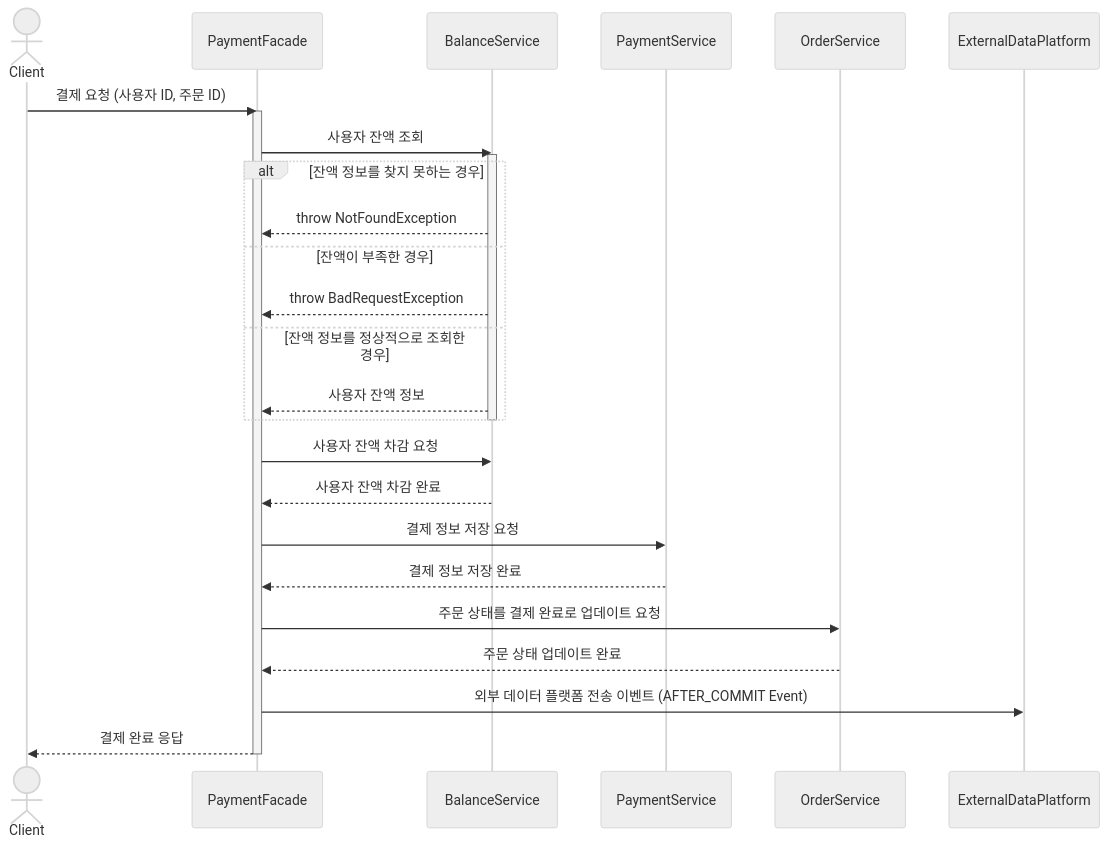
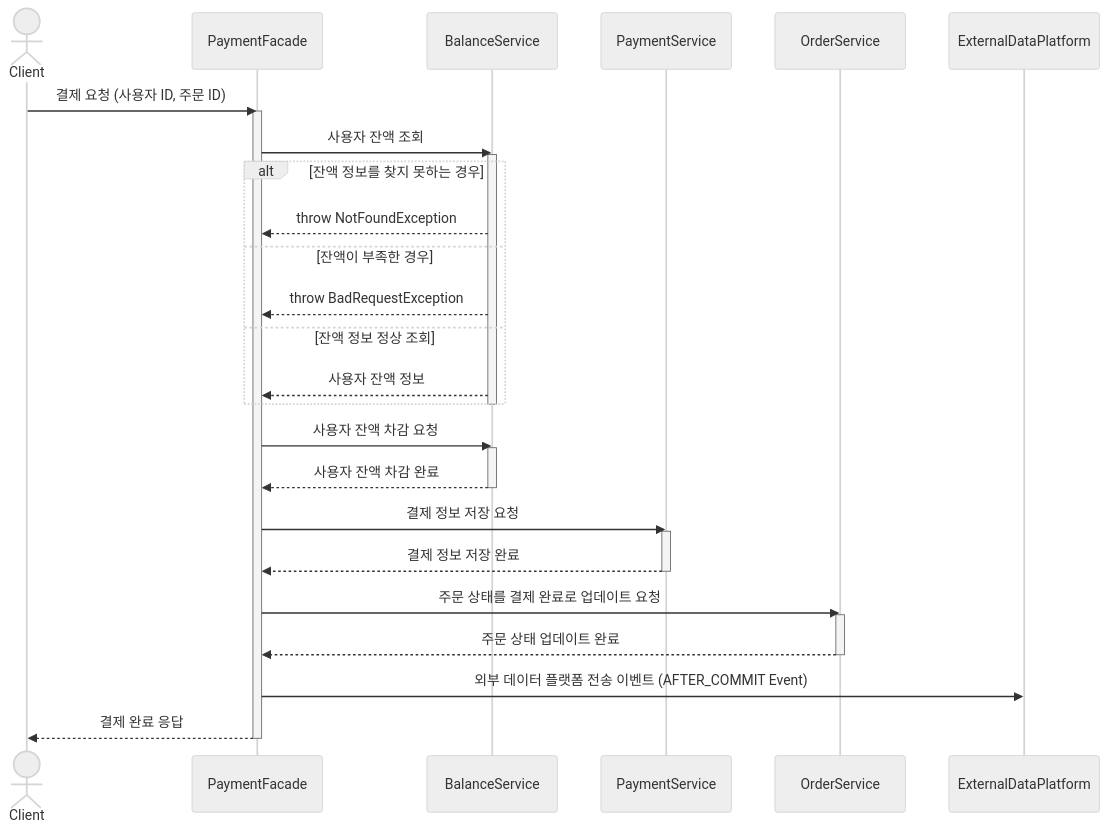
Before and after one commit to lgm1007/hhplus_ecommerce: the sixth of 10 diagrams in docs/SEQUENCE_DIAGRAM.md, drawn with Mermaid (neutral theme). The commit also changed other lines of this file, not shown here.

Commit message:
docs: 시퀀스 다이어그램 내용 수정

````diff
--- a/docs/SEQUENCE_DIAGRAM.md
+++ b/docs/SEQUENCE_DIAGRAM.md
@@ -138,31 +174,37 @@
 ```mermaid
 sequenceDiagram
     actor Client
     participant PaymentFacade
     participant BalanceService
     participant PaymentService
     participant OrderService
     participant ExternalDataPlatform
 
     Client ->> PaymentFacade: 결제 요청 (사용자 ID, 주문 ID)
     activate PaymentFacade
     PaymentFacade ->> BalanceService: 사용자 잔액 조회
     activate BalanceService
     alt 잔액 정보를 찾지 못하는 경우
         BalanceService -->> PaymentFacade: throw NotFoundException
     else 잔액이 부족한 경우
         BalanceService -->> PaymentFacade: throw BadRequestException
-    else 잔액 정보를 정상적으로 조회한 경우
+    else 잔액 정보 정상 조회
         BalanceService -->> PaymentFacade: 사용자 잔액 정보
     end
     deactivate BalanceService
     PaymentFacade ->> BalanceService: 사용자 잔액 차감 요청
+    activate BalanceService
     BalanceService -->> PaymentFacade: 사용자 잔액 차감 완료
+    deactivate BalanceService
     PaymentFacade ->> PaymentService: 결제 정보 저장 요청
+    activate PaymentService
     PaymentService -->> PaymentFacade: 결제 정보 저장 완료
+    deactivate PaymentService
     PaymentFacade ->> OrderService: 주문 상태를 결제 완료로 업데이트 요청
+    activate OrderService
     OrderService -->> PaymentFacade: 주문 상태 업데이트 완료
+    deactivate OrderService
     PaymentFacade ->> ExternalDataPlatform: 외부 데이터 플랫폼 전송 이벤트 (AFTER_COMMIT Event)
     PaymentFacade -->> Client: 결제 완료 응답
     deactivate PaymentFacade
 ```
````
